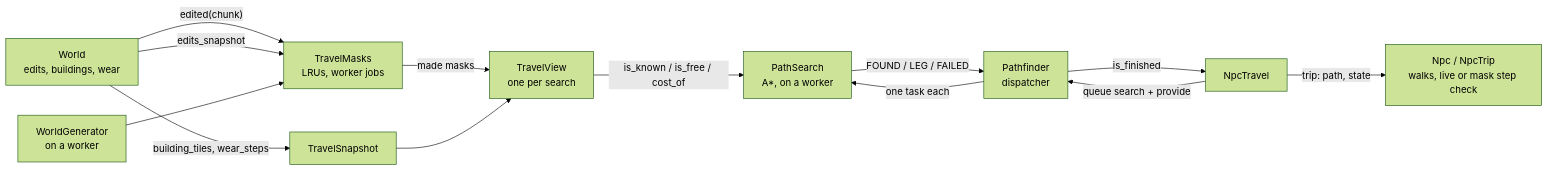
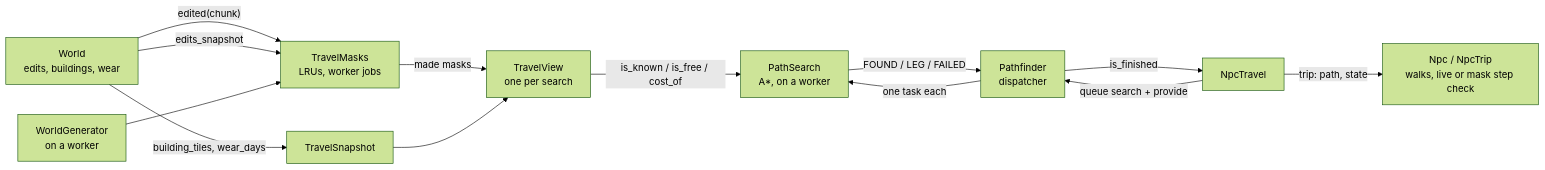
One commit to gentoomaniac/sandbox-game changed the first of 2 diagrams in design/tech/pathfinding.md. Above: the diagram before and after it, drawn with Mermaid (forest theme). The commit also changed other lines of this file and 30 other files, not shown here.

First line of the commit message:
Wear takes days as well as steps: a tile needs busy days in a row to thin and to become a path (#61)

````diff
--- a/design/tech/pathfinding.md
+++ b/design/tech/pathfinding.md
@@ -21,15 +21,15 @@
 ```mermaid
 flowchart LR
     W[World<br/>edits, buildings, wear] -- edited(chunk) --> MS
     W -- edits_snapshot --> MS[TravelMasks<br/>LRUs, worker jobs]
     G[WorldGenerator<br/>on a worker] --> MS
     MS -- made masks --> V[TravelView<br/>one per search]
-    W -- building_tiles, wear_steps --> SN[TravelSnapshot]
+    W -- building_tiles, wear_days --> SN[TravelSnapshot]
     SN --> V
     V -- is_known / is_free / cost_of --> PS[PathSearch<br/>A*, on a worker]
     NT[NpcTravel] -- queue search + provide --> PF[Pathfinder<br/>dispatcher]
     PF -- one task each --> PS
     PS -- FOUND / LEG / FAILED --> PF
     PF -- is_finished --> NT
     NT -- trip: path, state --> NP[Npc / NpcTrip<br/>walks, live or mask step check]
 ```
````
